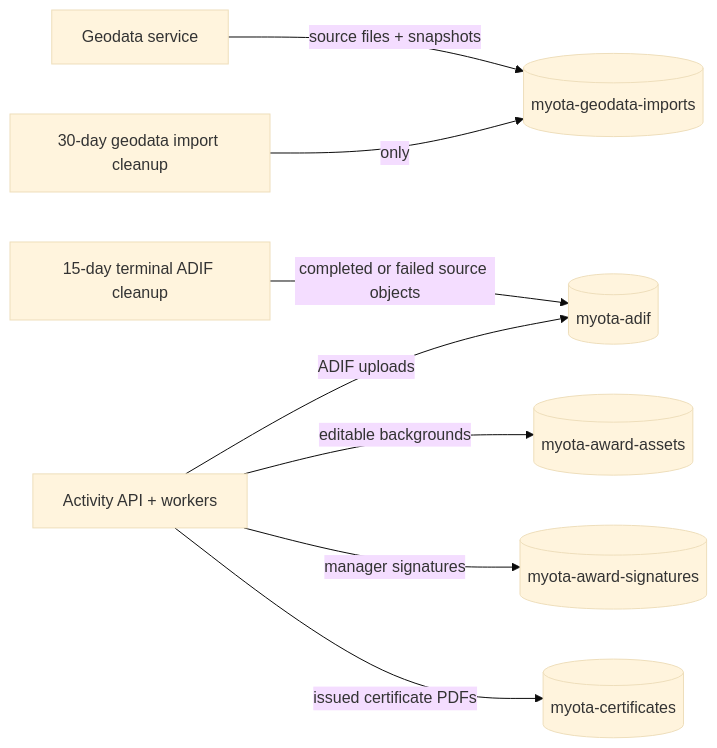
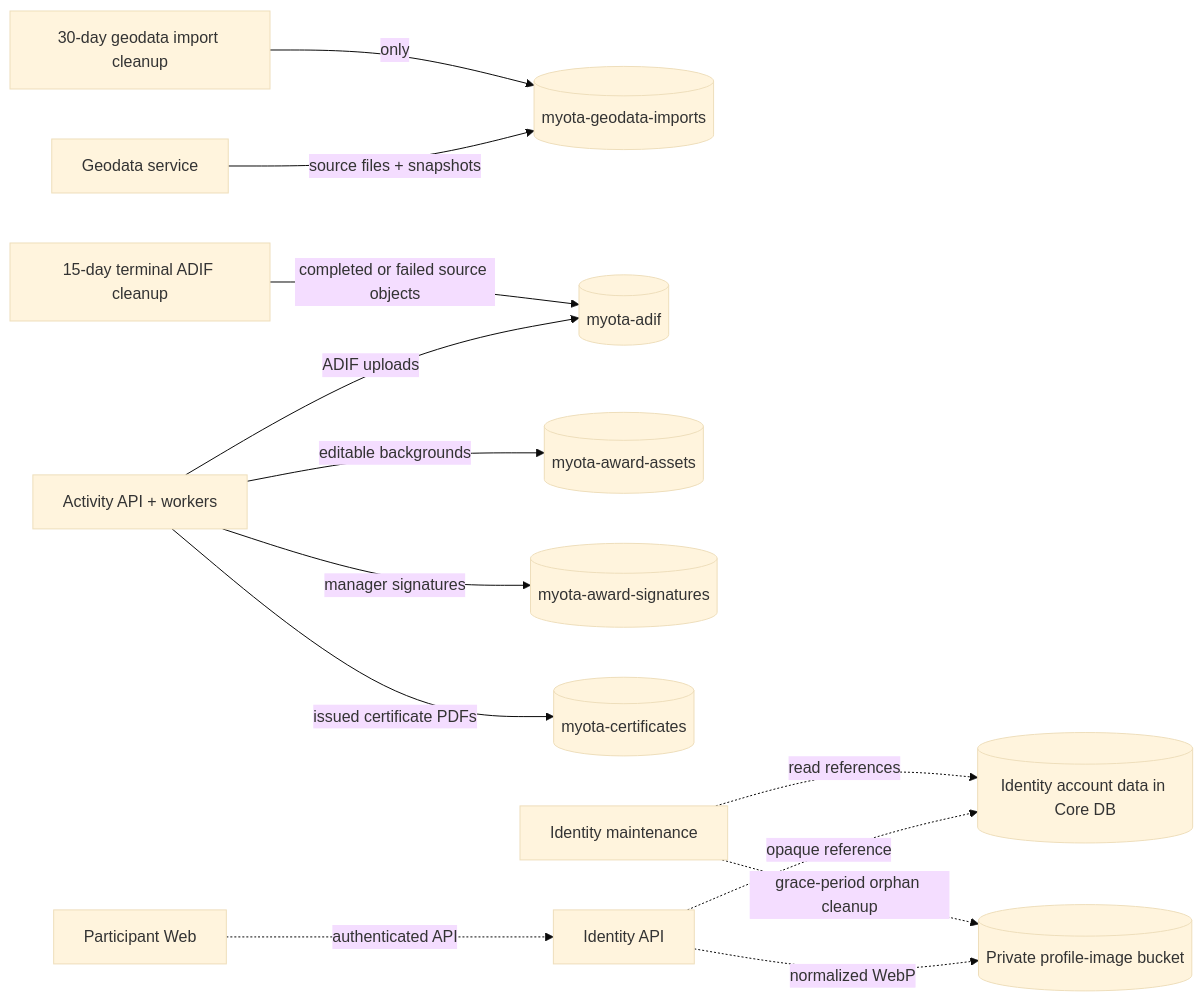
Before and after one commit to myota-platform/myota-docs: the diagram in docs/architecture/diagrams/object-storage-buckets.md, drawn with Mermaid (base theme). The commit also changed other lines of this file and 9 other files, not shown here.

First line of the commit message:
docs(identity): record profile rollout and acceptance evidence

````diff
--- a/docs/architecture/diagrams/object-storage-buckets.md
+++ b/docs/architecture/diagrams/object-storage-buckets.md
@@ -8,10 +8,15 @@
 ```mermaid
 flowchart LR
   Geo[Geodata service] -->|source files + snapshots| GeoBucket[(myota-geodata-imports)]
   Activity[Activity API + workers] -->|ADIF uploads| AdifBucket[(myota-adif)]
   AdifRetention[15-day terminal ADIF cleanup] -->|completed or failed source objects| AdifBucket
   Activity -->|editable backgrounds| BackgroundBucket[(myota-award-assets)]
   Activity -->|manager signatures| SignatureBucket[(myota-award-signatures)]
   Activity -->|issued certificate PDFs| CertificateBucket[(myota-certificates)]
   Retention[30-day geodata import cleanup] -->|only| GeoBucket
+  Participant[Participant Web] -.->|authenticated API| Identity[Identity API]
+  Identity -.->|opaque reference| Core[(Identity account data in Core DB)]
+  Identity -.->|normalized WebP| ProfileBucket[(Private profile-image bucket)]
+  Maintenance[Identity maintenance] -.->|grace-period orphan cleanup| ProfileBucket
+  Maintenance -.->|read references| Core
 ```
````
